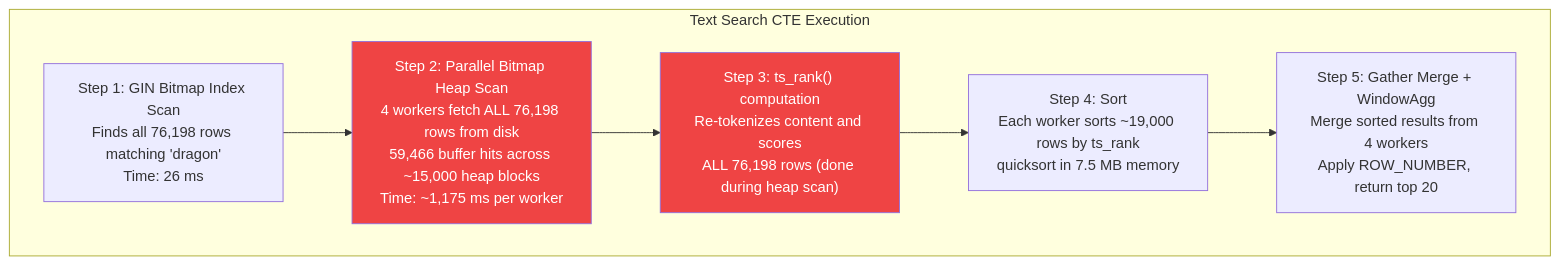
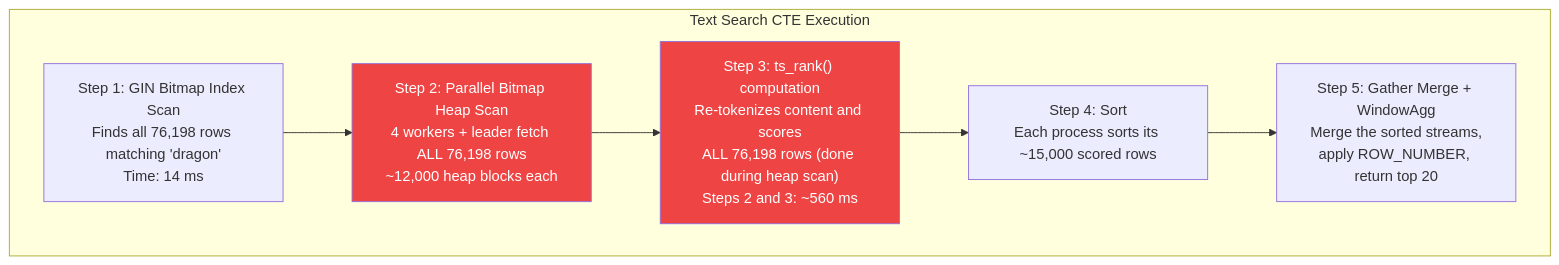
One commit to tharindu-sankalpa/pgvector-filtering-investigation changed the third of 3 diagrams in README.md. Above: the diagram before and after it, drawn with Mermaid. The commit also changed other lines of this file and 48 other files, not shown here.

````diff
--- a/README.md
+++ b/README.md
@@ -943,15 +990,15 @@
 ```mermaid
 flowchart TD
     subgraph "Text Search CTE Execution"
-        S1["Step 1: GIN Bitmap Index Scan<br/>Finds all 76,198 rows matching 'dragon'<br/>Time: 26 ms"]
-        S2["Step 2: Parallel Bitmap Heap Scan<br/>4 workers fetch ALL 76,198 rows from disk<br/>59,466 buffer hits across ~15,000 heap blocks<br/>Time: ~1,175 ms per worker"]
-        S3["Step 3: ts_rank() computation<br/>Re-tokenizes content and scores<br/>ALL 76,198 rows (done during heap scan)"]
-        S4["Step 4: Sort<br/>Each worker sorts ~19,000 rows by ts_rank<br/>quicksort in 7.5 MB memory"]
-        S5["Step 5: Gather Merge + WindowAgg<br/>Merge sorted results from 4 workers<br/>Apply ROW_NUMBER, return top 20"]
+        S1["Step 1: GIN Bitmap Index Scan<br/>Finds all 76,198 rows matching 'dragon'<br/>Time: 14 ms"]
+        S2["Step 2: Parallel Bitmap Heap Scan<br/>4 workers + leader fetch ALL 76,198 rows<br/>~12,000 heap blocks each"]
+        S3["Step 3: ts_rank() computation<br/>Re-tokenizes content and scores<br/>ALL 76,198 rows (done during heap scan)<br/>Steps 2 and 3: ~560 ms"]
+        S4["Step 4: Sort<br/>Each process sorts its ~15,000 scored rows"]
+        S5["Step 5: Gather Merge + WindowAgg<br/>Merge the sorted streams,<br/>apply ROW_NUMBER, return top 20"]
 
         S1 --> S2 --> S3 --> S4 --> S5
     end
 
     style S2 fill:#ef4444,color:#fff
     style S3 fill:#ef4444,color:#fff
 ```
````
